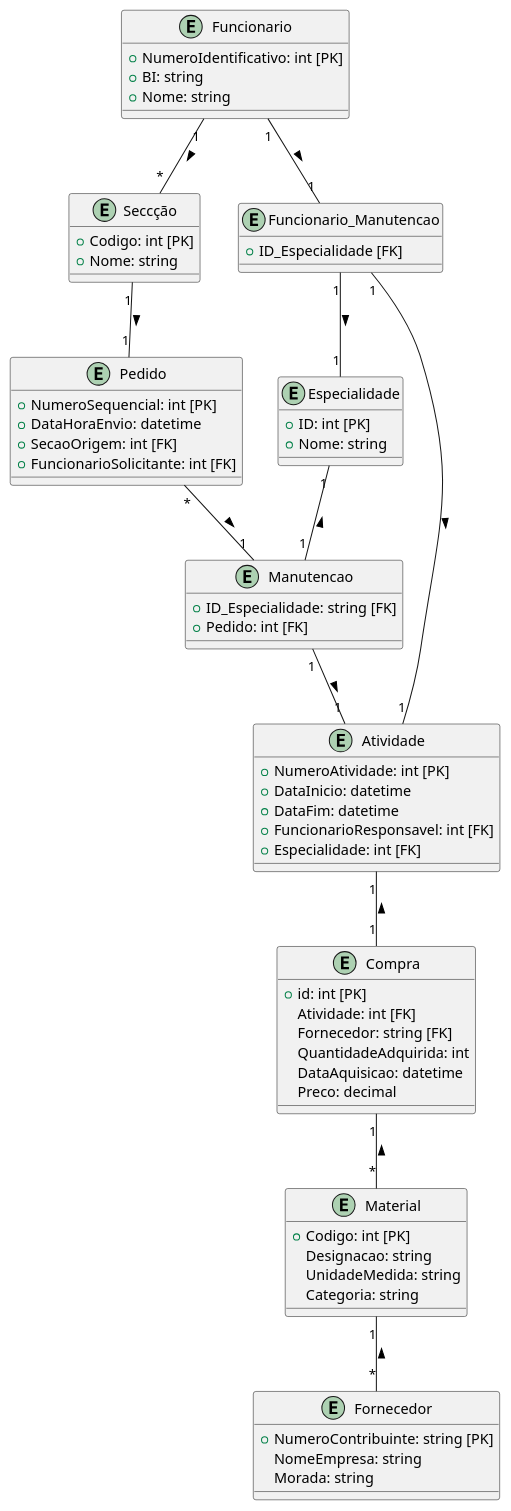
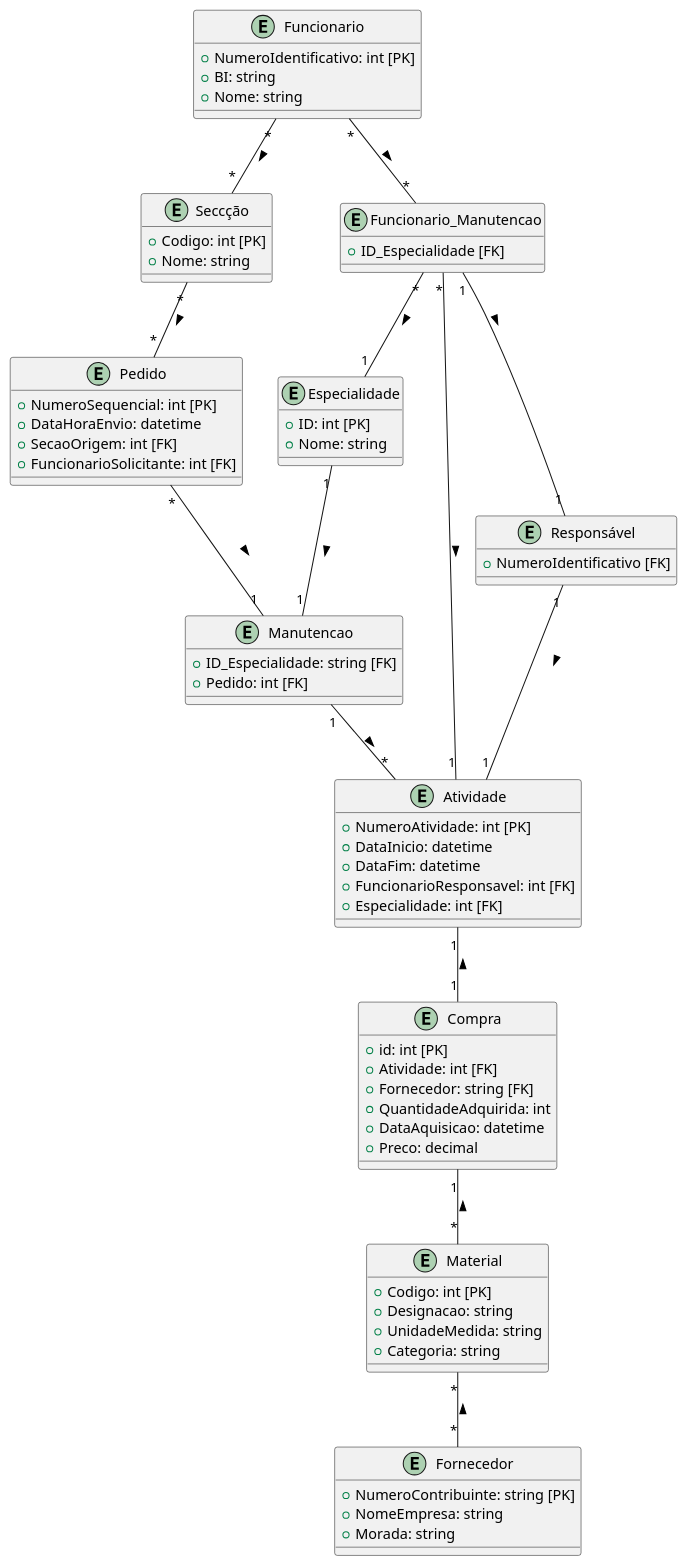
The diagram in sns-base/doc/global/puml/logicmodel.puml (rafaafig/SnsTrab), drawn with PlantUML before and after one commit.

Commit message:
alteração com correção prof

```diff
--- a/sns-base/doc/global/puml/logicmodel.puml
+++ b/sns-base/doc/global/puml/logicmodel.puml
@@ -1,78 +1,83 @@
 @startuml
 
 entity Seccção {
     + Codigo: int [PK]
     + Nome: string
 }
 
 entity Funcionario_Manutencao{
     + ID_Especialidade [FK]
 }
 
 entity Funcionario {
     + NumeroIdentificativo: int [PK]
     + BI: string
     + Nome: string
 }
 
 entity Manutencao{
     + ID_Especialidade: string [FK]
     + Pedido: int [FK]
+}
+entity Responsável{
+    + NumeroIdentificativo [FK]
 }
 
 entity Especialidade {
     + ID: int [PK]
     + Nome: string
 }
 
 entity Pedido {
     + NumeroSequencial: int [PK]
     + DataHoraEnvio: datetime
     + SecaoOrigem: int [FK]
     + FuncionarioSolicitante: int [FK]
 }
 
 entity Atividade {
     + NumeroAtividade: int [PK]
     + DataInicio: datetime
     + DataFim: datetime
     + FuncionarioResponsavel: int [FK]
     + Especialidade: int [FK]
 }
 
 entity Material {
     + Codigo: int [PK]
-    Designacao: string
-    UnidadeMedida: string
-    Categoria: string
+    + Designacao: string
+    + UnidadeMedida: string
+    + Categoria: string
 }
 
 entity Fornecedor {
     + NumeroContribuinte: string [PK]
-    NomeEmpresa: string
-    Morada: string
+    + NomeEmpresa: string
+    + Morada: string
 }
 
 entity Compra {
     + id: int [PK]
-    Atividade: int [FK]
-    Fornecedor: string [FK]
-    QuantidadeAdquirida: int
-    DataAquisicao: datetime
-    Preco: decimal
+    + Atividade: int [FK]
+    + Fornecedor: string [FK]
+    + QuantidadeAdquirida: int
+    + DataAquisicao: datetime
+    + Preco: decimal
 }
 
-Funcionario_Manutencao "1" -- "1" Especialidade :>
-Funcionario_Manutencao "1" -- "1" Atividade :>
-Funcionario "1" -- "1" Funcionario_Manutencao :>
-Especialidade "1" -- "1" Manutencao :<
-Seccção "1" -- "1" Pedido :>
-Funcionario "1" -- "*" Seccção :>
+Funcionario_Manutencao "*" -- "1" Especialidade :>
+Funcionario_Manutencao "*" -- "1" Atividade :>
+Funcionario_Manutencao "1" -- "1" Responsável :>
+Responsável "1" -- "1" Atividade :>
+Funcionario "*" -- "*" Funcionario_Manutencao :>
+Especialidade "1" -- "1" Manutencao :>
+Seccção "*" -- "*" Pedido :>
+Funcionario "*" -- "*" Seccção :>
 Pedido "*" -- "1" Manutencao :>
-Manutencao "1" -- "1" Atividade :>
-Material "1" -- "*" Fornecedor :<
+Manutencao "1" -- "*" Atividade :>
+Material "*" -- "*" Fornecedor :<
 Atividade "1" -- "1" Compra :<
 Compra "1" -- "*" Material :<
 
 
 @enduml
```
